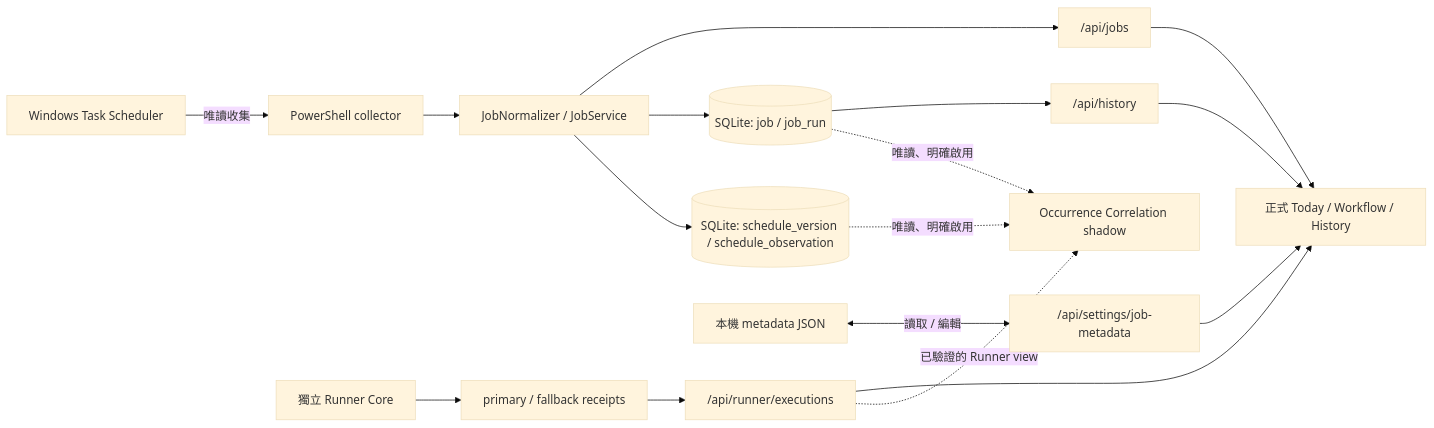
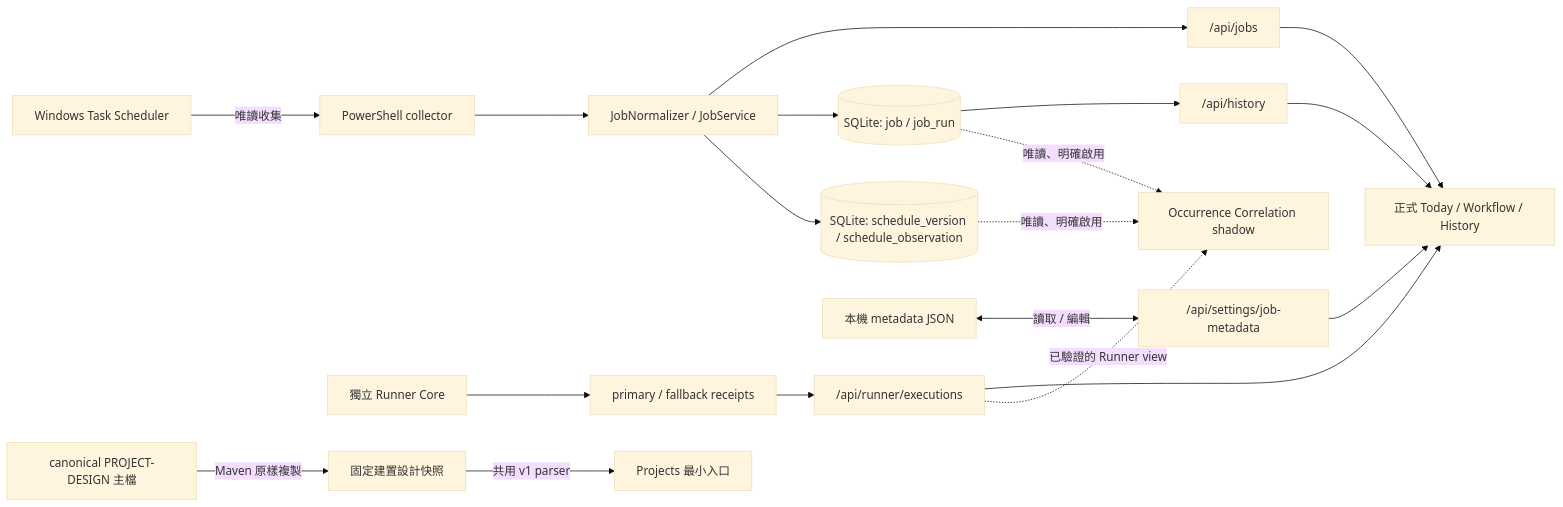
One commit to Neil1031/local-dashboard changed the first of 2 diagrams in docs/DASHBOARD-AS-BUILT-ARCHITECTURE.md. Above: the diagram before and after it, drawn with Mermaid (base theme). The commit also changed other lines of this file, not shown here.

Commit message:
docs: align As-Built overview with minimal Projects entry

````diff
--- a/docs/DASHBOARD-AS-BUILT-ARCHITECTURE.md
+++ b/docs/DASHBOARD-AS-BUILT-ARCHITECTURE.md
@@ -13,19 +13,21 @@
 ```mermaid
 flowchart LR
   W[Windows Task Scheduler] -->|唯讀收集| C[PowerShell collector]
   C --> N[JobNormalizer / JobService]
   N --> A["/api/jobs"]
   N --> H[(SQLite: job / job_run)]
   N --> S[(SQLite: schedule_version / schedule_observation)]
   H --> HA["/api/history"]
   R[獨立 Runner Core] --> F[primary / fallback receipts]
   F --> RA["/api/runner/executions"]
   A --> UI[正式 Today / Workflow / History]
   HA --> UI
   RA --> UI
   M[本機 metadata JSON] <-->|讀取 / 編輯| MA["/api/settings/job-metadata"]
   MA --> UI
+  PD[canonical PROJECT-DESIGN 主檔] -->|Maven 原樣複製| PS[固定建置設計快照]
+  PS -->|共用 v1 parser| PV[Projects 最小入口]
   H -.唯讀、明確啟用.-> O[Occurrence Correlation shadow]
   S -.唯讀、明確啟用.-> O
   RA -.已驗證的 Runner view.-> O
 ```
````
